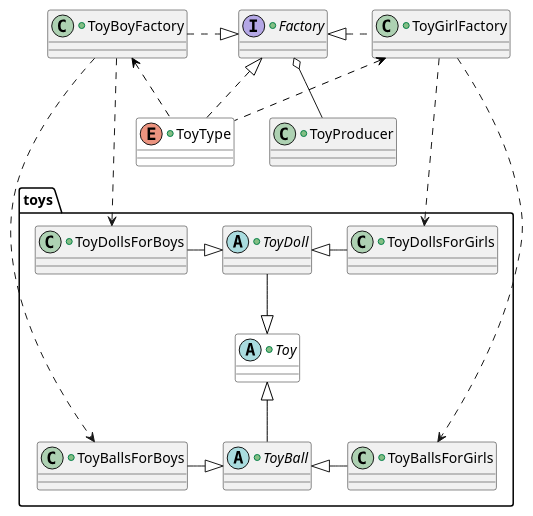
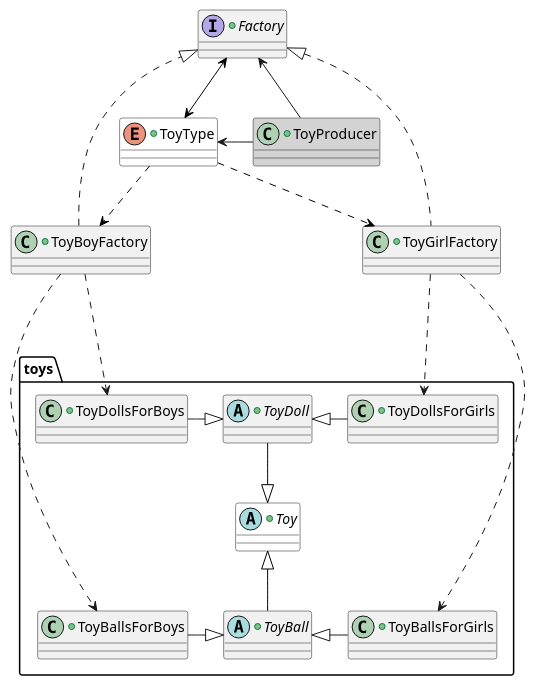
The diagram in src/factories/abstractFactory/implementation_05/uml/AbstractFactory_implementation_05.puml (vitalispopoff/designPatterns), drawn with PlantUML before and after one commit. The commit also changed 2 other files, not shown here.

Commit message:
adjustments in docs: abstract factory

```diff
--- a/src/factories/abstractFactory/implementation_05/uml/AbstractFactory_implementation_05.puml
+++ b/src/factories/abstractFactory/implementation_05/uml/AbstractFactory_implementation_05.puml
@@ -1,75 +1,75 @@
 @startuml
-
-
-
 
 package toys{
 
     +abstract class Toy #white{
     }
 
     +abstract class ToyBall{
     }
 
     +class ToyBallsForBoys {
     }
     +class ToyBallsForGirls {
     }
     
     +abstract class ToyDoll{
     }
     
     +class ToyDollsForBoys {
     }
     +class ToyDollsForGirls  {
     }
     
     
     ToyDoll -down-|> Toy #black
 
     ToyBallsForGirls -left-|> ToyBall
     ToyBallsForBoys -right-|> ToyBall
     
     ToyBall -up-|> Toy #black
     
     ToyDollsForBoys -right-|> ToyDoll
     ToyDollsForGirls -left-|> ToyDoll
     
 }
 
-+class ToyProducer{
++class ToyProducer #lightgrey{
 }
 
 +interface Factory{
 }
 
 
 +enum ToyType #white{
 }
 
 +class ToyBoyFactory {
 }
 
 +class ToyGirlFactory {
 }
 
 
-ToyProducer -up-o Factory
+ToyProducer -down-> Factory
+ToyProducer -left-> ToyType
 
 
 ToyBoyFactory .right.|> Factory
 ToyGirlFactory .left.|> Factory
 
-ToyType .up.|> Factory #black
-ToyType .up.> ToyBoyFactory #black
-ToyType .up.> ToyGirlFactory #black
+'ToyType .down.|> Factory #black
+ToyType <-up-> Factory #black
+
+ToyType .down.> ToyBoyFactory #black
+ToyType .down.> ToyGirlFactory #black
 
 
 ToyGirlFactory .down..> ToyDollsForGirls
 ToyGirlFactory .down..> ToyBallsForGirls
 
 ToyBoyFactory .down..> ToyDollsForBoys
 ToyBoyFactory .down..> ToyBallsForBoys
 
 
 @enduml
```
